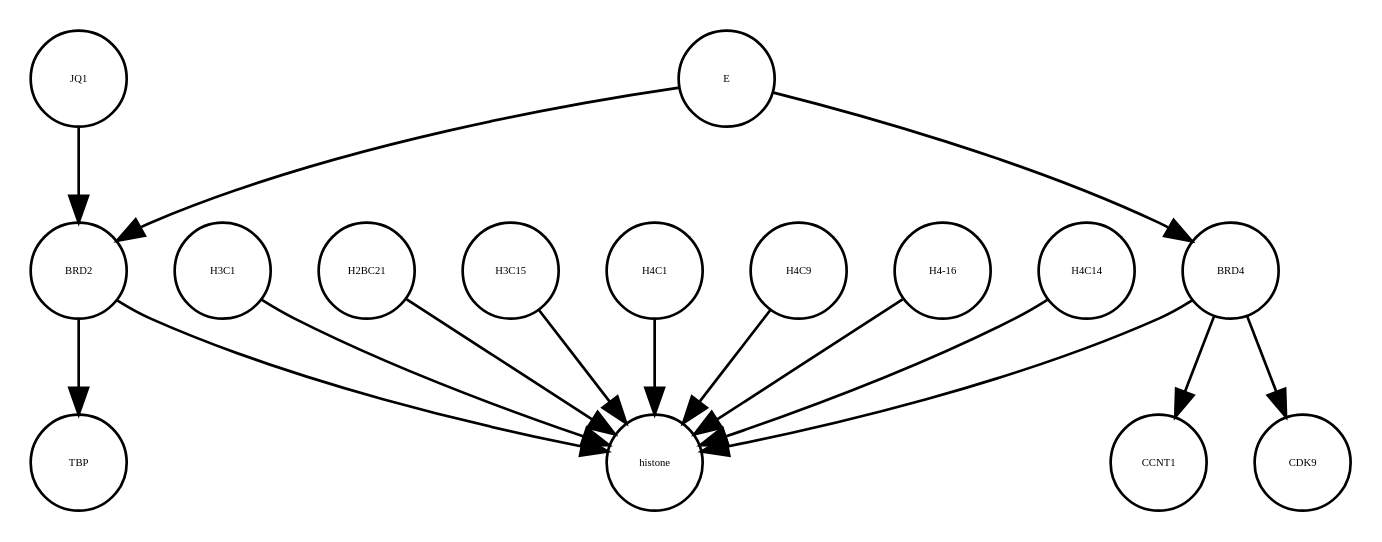
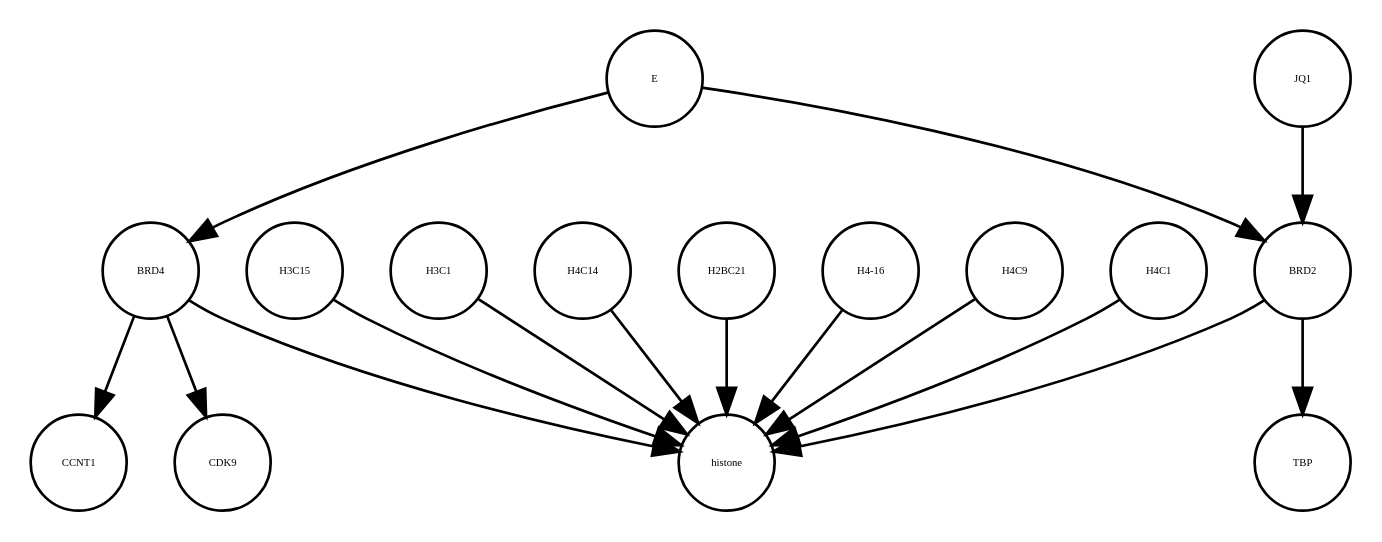
The diagram in E_SARS_CoV_2_22_05_2020.xml_projected.dot (cannin/covid19-sbgn), drawn with Graphviz before and after one commit. The commit also changed other lines of this file and 575 other files, not shown here.

```diff
--- a/E_SARS_CoV_2_22_05_2020.xml_projected.dot
+++ b/E_SARS_CoV_2_22_05_2020.xml_projected.dot
@@ -1,32 +1,32 @@
 strict digraph  {
+H3C15 [annotation="", bipartite=0, cls=macromolecule, fontsize=4, label=H3C15, shape=circle];
+TBP [annotation="", bipartite=0, cls=macromolecule, fontsize=4, label=TBP, shape=circle];
+histone [annotation="", bipartite=0, cls=complex, fontsize=4, label=histone, shape=circle];
+BRD4 [annotation="", bipartite=0, cls=macromolecule, fontsize=4, label=BRD4, shape=circle];
 E [annotation=urn_miriam_ncbiprotein_BCD58755, bipartite=0, cls=macromolecule, fontsize=4, label=E, shape=circle];
 H3C1 [annotation="", bipartite=0, cls=macromolecule, fontsize=4, label=H3C1, shape=circle];
+H4C14 [annotation="", bipartite=0, cls=macromolecule, fontsize=4, label=H4C14, shape=circle];
+BRD2 [annotation="", bipartite=0, cls=macromolecule, fontsize=4, label=BRD2, shape=circle];
 H2BC21 [annotation="", bipartite=0, cls=macromolecule, fontsize=4, label=H2BC21, shape=circle];
-H3C15 [annotation="", bipartite=0, cls=macromolecule, fontsize=4, label=H3C15, shape=circle];
-BRD2 [annotation="", bipartite=0, cls=macromolecule, fontsize=4, label=BRD2, shape=circle];
-BRD4 [annotation="", bipartite=0, cls=macromolecule, fontsize=4, label=BRD4, shape=circle];
+"H4-16" [annotation="", bipartite=0, cls=macromolecule, fontsize=4, label="H4-16", shape=circle];
 JQ1 [annotation="", bipartite=0, cls=macromolecule, fontsize=4, label=JQ1, shape=circle];
-TBP [annotation="", bipartite=0, cls=macromolecule, fontsize=4, label=TBP, shape=circle];
 CCNT1 [annotation="", bipartite=0, cls=macromolecule, fontsize=4, label=CCNT1, shape=circle];
+CDK9 [annotation="", bipartite=0, cls=macromolecule, fontsize=4, label=CDK9, shape=circle];
+H4C9 [annotation="", bipartite=0, cls=macromolecule, fontsize=4, label=H4C9, shape=circle];
 H4C1 [annotation="", bipartite=0, cls=macromolecule, fontsize=4, label=H4C1, shape=circle];
-H4C9 [annotation="", bipartite=0, cls=macromolecule, fontsize=4, label=H4C9, shape=circle];
-"H4-16" [annotation="", bipartite=0, cls=macromolecule, fontsize=4, label="H4-16", shape=circle];
-CDK9 [annotation="", bipartite=0, cls=macromolecule, fontsize=4, label=CDK9, shape=circle];
-histone [annotation="", bipartite=0, cls=complex, fontsize=4, label=histone, shape=circle];
-H4C14 [annotation="", bipartite=0, cls=macromolecule, fontsize=4, label=H4C14, shape=circle];
+H3C15 -> histone  [annotation="", interaction_type=production];
+BRD4 -> CCNT1  [annotation="", interaction_type=catalysis];
+BRD4 -> histone  [annotation="urn_miriam_doi_10.1038%2Fnsmb.3228.|urn_miriam_doi_10.1016%2Fj.molcel.2008.01.018", interaction_type=catalysis];
+BRD4 -> CDK9  [annotation=urn_miriam_taxonomy_10090, interaction_type=catalysis];
 E -> BRD2  [annotation="urn_miriam_doi_10.1038%2Fs41586-020-2286-9|urn_miriam_doi_10.1080%2F15592294.2018.1469891", interaction_type=inhibition];
 E -> BRD4  [annotation="urn_miriam_doi_10.1038%2Fs41586-020-2286-9", interaction_type=inhibition];
 H3C1 -> histone  [annotation="", interaction_type=production];
-H2BC21 -> histone  [annotation="", interaction_type=production];
-H3C15 -> histone  [annotation="", interaction_type=production];
+H4C14 -> histone  [annotation="", interaction_type=production];
 BRD2 -> TBP  [annotation="urn_miriam_doi_10.1007%2Fs11010-006-9223-6", interaction_type=catalysis];
 BRD2 -> histone  [annotation="urn_miriam_doi_10.1038%2Fnsmb.3228.|urn_miriam_doi_10.1016%2Fj.molcel.2008.01.018", interaction_type=catalysis];
-BRD4 -> CDK9  [annotation=urn_miriam_taxonomy_10090, interaction_type=catalysis];
-BRD4 -> CCNT1  [annotation="", interaction_type=catalysis];
-BRD4 -> histone  [annotation="urn_miriam_doi_10.1038%2Fnsmb.3228.|urn_miriam_doi_10.1016%2Fj.molcel.2008.01.018", interaction_type=catalysis];
+H2BC21 -> histone  [annotation="", interaction_type=production];
+"H4-16" -> histone  [annotation="", interaction_type=production];
 JQ1 -> BRD2  [annotation="urn_miriam_doi_10.1038%2Fs41586-020-2286-9|urn_miriam_doi_10.1080%2F15592294.2018.1469891", interaction_type=inhibition];
+H4C9 -> histone  [annotation="", interaction_type=production];
 H4C1 -> histone  [annotation="", interaction_type=production];
-H4C9 -> histone  [annotation="", interaction_type=production];
-"H4-16" -> histone  [annotation="", interaction_type=production];
-H4C14 -> histone  [annotation="", interaction_type=production];
 }
```
